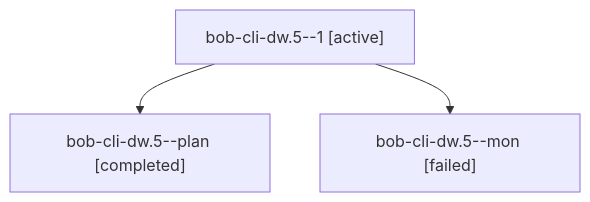
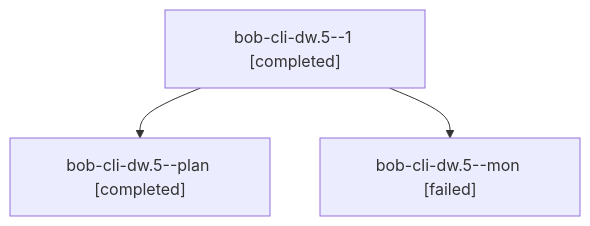
One commit to bobs-org/bob-cli--agents changed the diagram in sessions/bbugyi200.athena.bob-cli-dw.5.md. Above: the diagram before and after it, drawn with Mermaid. The commit also changed other lines of this file and 28 other files, not shown here.

````diff
--- a/sessions/bbugyi200.athena.bob-cli-dw.5.md
+++ b/sessions/bbugyi200.athena.bob-cli-dw.5.md
@@ -9,8 +9,8 @@
 ```mermaid
 flowchart TD
-  n0["bob-cli-dw.5--1 [active]"]
+  n0["bob-cli-dw.5--1 [completed]"]
   n1["bob-cli-dw.5--plan [completed]"]
   n0 --> n1
   n2["bob-cli-dw.5--mon [failed]"]
   n0 --> n2
 ```
````
